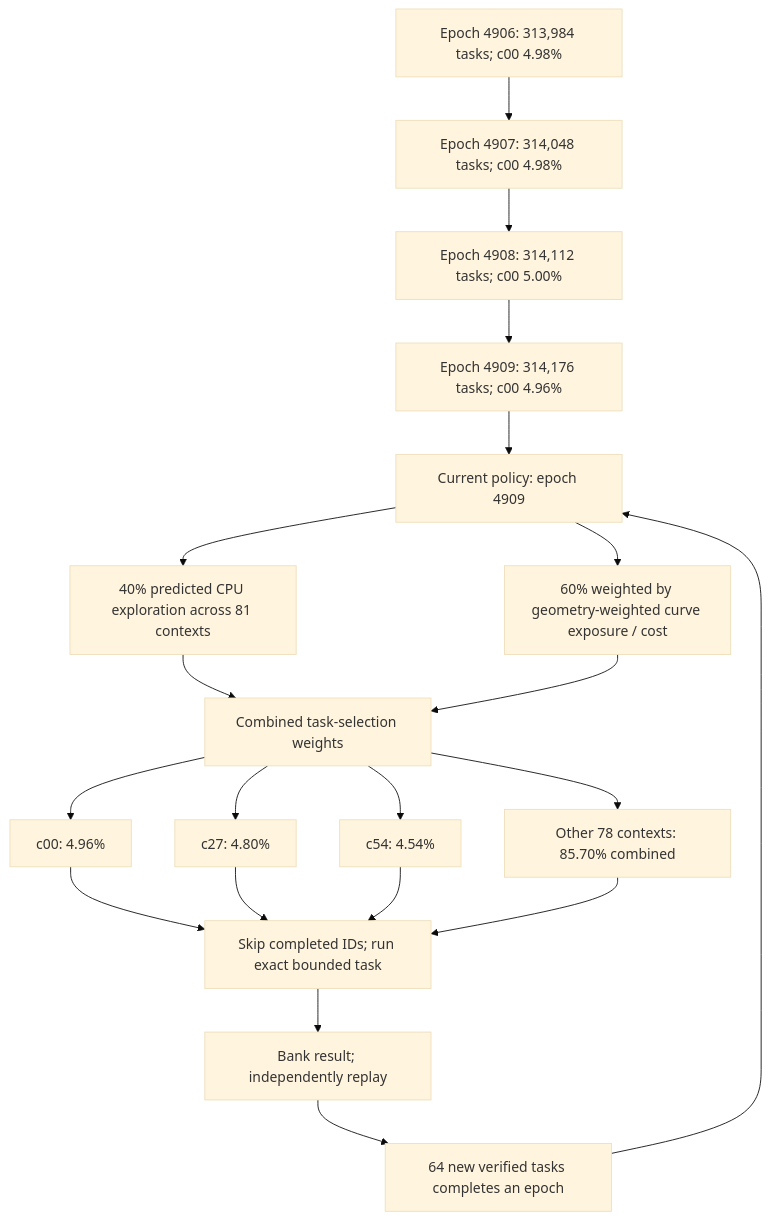
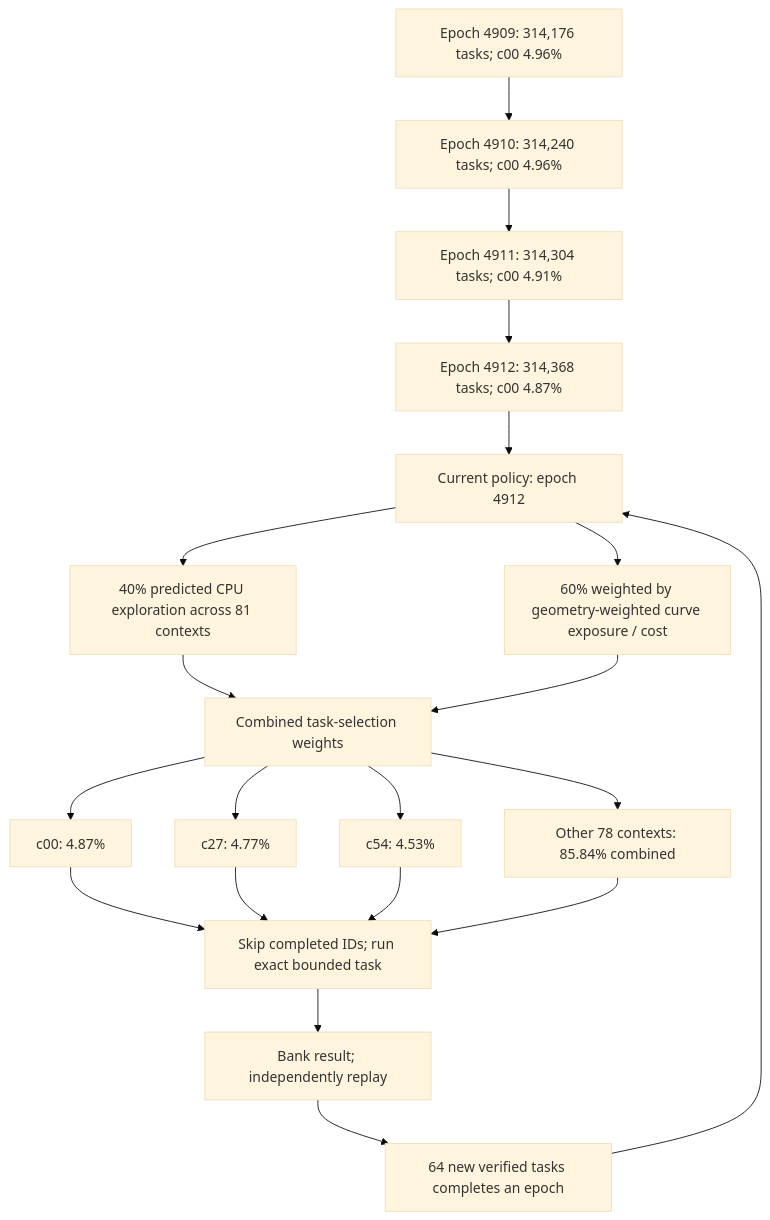
The first of 3 diagrams in README.md (Kuberwastaken/math-gambling), drawn with Mermaid (base theme) before and after one commit. The commit also changed other lines of this file and 815 other files, not shown here.

````diff
--- a/README.md
+++ b/README.md
@@ -60,27 +60,27 @@
 ```mermaid
 flowchart TD
-    H0["Epoch 4906: 313,984 tasks; c00 4.98%"]
-    H1["Epoch 4907: 314,048 tasks; c00 4.98%"]
+    H0["Epoch 4909: 314,176 tasks; c00 4.96%"]
+    H1["Epoch 4910: 314,240 tasks; c00 4.96%"]
     H0 --> H1
-    H2["Epoch 4908: 314,112 tasks; c00 5.00%"]
+    H2["Epoch 4911: 314,304 tasks; c00 4.91%"]
     H1 --> H2
-    H3["Epoch 4909: 314,176 tasks; c00 4.96%"]
+    H3["Epoch 4912: 314,368 tasks; c00 4.87%"]
     H2 --> H3
-    Policy["Current policy: epoch 4909"]
+    Policy["Current policy: epoch 4912"]
     H3 --> Policy
     Policy --> Explore["40% predicted CPU exploration across 81 contexts"]
     Policy --> Cost["60% weighted by geometry-weighted curve exposure / cost"]
     Explore --> Mix["Combined task-selection weights"]
     Cost --> Mix
-    Mix --> C0["c00: 4.96%"]
-    Mix --> C1["c27: 4.80%"]
-    Mix --> C2["c54: 4.54%"]
-    Mix --> Rest["Other 78 contexts: 85.70% combined"]
+    Mix --> C0["c00: 4.87%"]
+    Mix --> C1["c27: 4.77%"]
+    Mix --> C2["c54: 4.53%"]
+    Mix --> Rest["Other 78 contexts: 85.84% combined"]
     C0 --> Check["Skip completed IDs; run exact bounded task"]
     C1 --> Check
     C2 --> Check
     Rest --> Check
     Check --> Replay["Bank result; independently replay"]
     Replay --> Gate["64 new verified tasks completes an epoch"]
     Gate --> Policy
 ```
````
